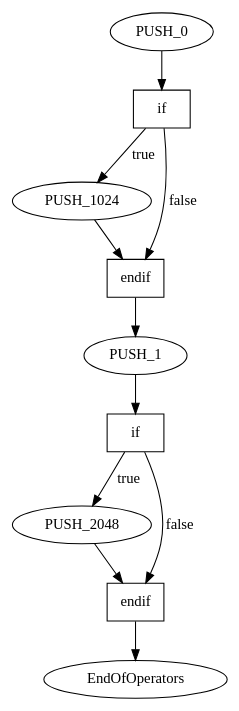
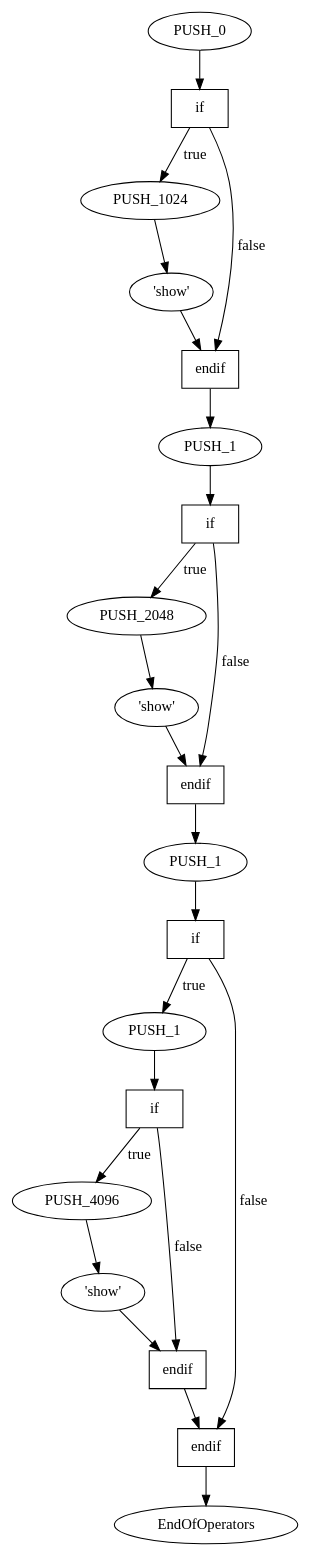
Before and after one commit to gofralang/gofra: the diagram in src/examples/if_example.mspl.dot, drawn with Graphviz. The commit also changed 6 other files, not shown here.

```diff
--- a/src/examples/if_example.mspl.dot
+++ b/src/examples/if_example.mspl.dot
@@ -1,21 +1,43 @@
 digraph Source{
    Operator_0 [label=PUSH_0];
    Operator_0 -> Operator_1;
    Operator_1 [shape=record label=if];
    Operator_1 -> Operator_2 [label=true];
-   Operator_1 -> Operator_3 [label=false];
+   Operator_1 -> Operator_4 [label=false];
    Operator_2 [label=PUSH_1024];
    Operator_2 -> Operator_3;
-   Operator_3 [shape=record label=endif];
+   Operator_3 [label="'show'"];
    Operator_3 -> Operator_4;
-   Operator_4 [label=PUSH_1];
+   Operator_4 [shape=record label=endif];
    Operator_4 -> Operator_5;
-   Operator_5 [shape=record label=if];
-   Operator_5 -> Operator_6 [label=true];
-   Operator_5 -> Operator_7 [label=false];
-   Operator_6 [label=PUSH_2048];
-   Operator_6 -> Operator_7;
-   Operator_7 [shape=record label=endif];
+   Operator_5 [label=PUSH_1];
+   Operator_5 -> Operator_6;
+   Operator_6 [shape=record label=if];
+   Operator_6 -> Operator_7 [label=true];
+   Operator_6 -> Operator_9 [label=false];
+   Operator_7 [label=PUSH_2048];
    Operator_7 -> Operator_8;
-   Operator_8 [label="EndOfOperators"];
+   Operator_8 [label="'show'"];
+   Operator_8 -> Operator_9;
+   Operator_9 [shape=record label=endif];
+   Operator_9 -> Operator_10;
+   Operator_10 [label=PUSH_1];
+   Operator_10 -> Operator_11;
+   Operator_11 [shape=record label=if];
+   Operator_11 -> Operator_12 [label=true];
+   Operator_11 -> Operator_17 [label=false];
+   Operator_12 [label=PUSH_1];
+   Operator_12 -> Operator_13;
+   Operator_13 [shape=record label=if];
+   Operator_13 -> Operator_14 [label=true];
+   Operator_13 -> Operator_16 [label=false];
+   Operator_14 [label=PUSH_4096];
+   Operator_14 -> Operator_15;
+   Operator_15 [label="'show'"];
+   Operator_15 -> Operator_16;
+   Operator_16 [shape=record label=endif];
+   Operator_16 -> Operator_17;
+   Operator_17 [shape=record label=endif];
+   Operator_17 -> Operator_18;
+   Operator_18 [label="EndOfOperators"];
 }
```
